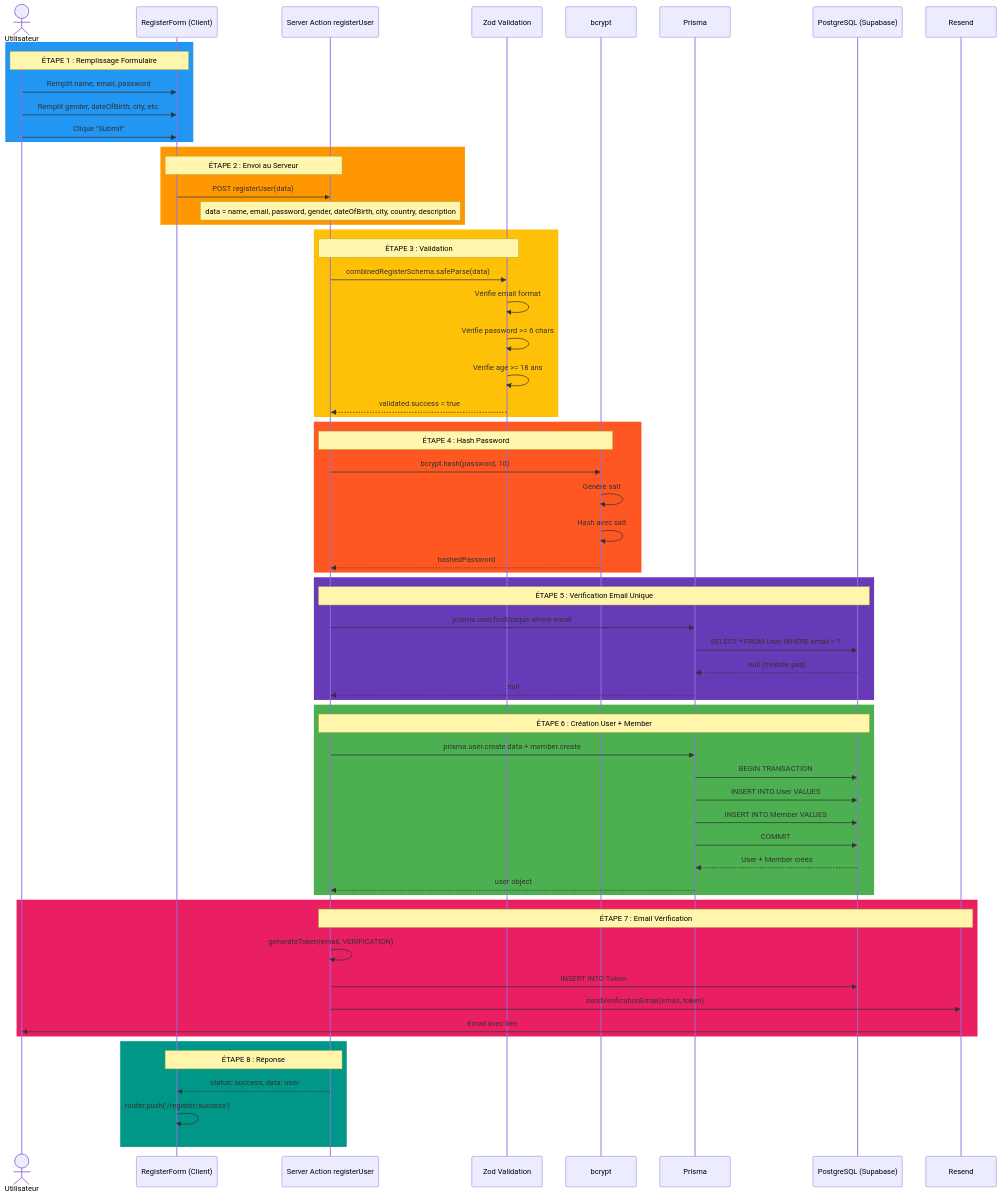
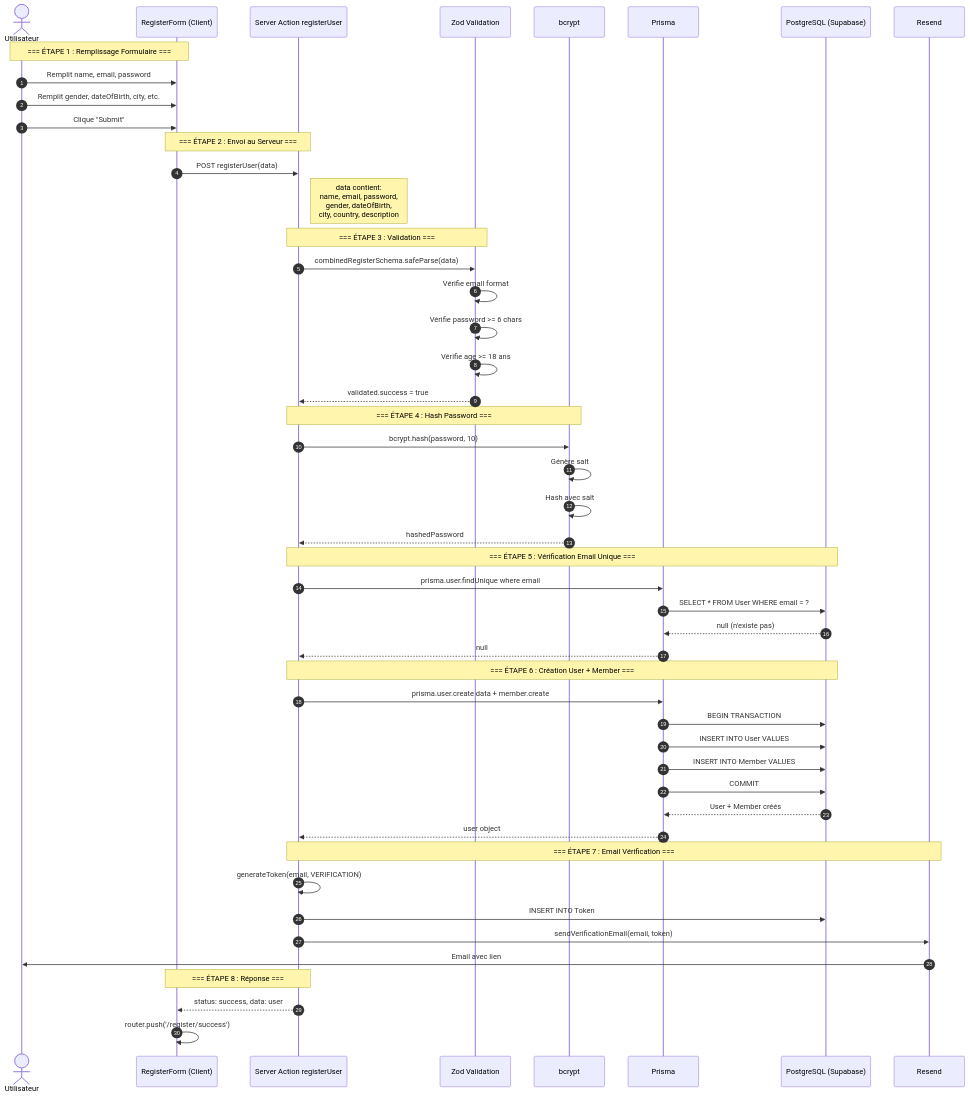
The second of 4 diagrams in documentation/21-flux-complet-authentification.md (inskillflow/next-auth-demo-2-match), drawn with Mermaid before and after one commit.

Commit message:
Authentification

````diff
--- a/documentation/21-flux-complet-authentification.md
+++ b/documentation/21-flux-complet-authentification.md
@@ -83,74 +83,59 @@
 ```mermaid
 sequenceDiagram
+    autonumber
     actor U as Utilisateur
     participant F as RegisterForm (Client)
     participant SA as Server Action registerUser
     participant Z as Zod Validation
     participant B as bcrypt
     participant P as Prisma
     participant DB as PostgreSQL (Supabase)
     participant R as Resend
     
-    rect rgb(33, 150, 243)
-        Note over U,F: ÉTAPE 1 : Remplissage Formulaire
-        U->>F: Remplit name, email, password
-        U->>F: Remplit gender, dateOfBirth, city, etc.
-        U->>F: Clique "Submit"
-    end
+    Note over U,F: === ÉTAPE 1 : Remplissage Formulaire ===
+    U->>F: Remplit name, email, password
+    U->>F: Remplit gender, dateOfBirth, city, etc.
+    U->>F: Clique "Submit"
     
-    rect rgb(255, 152, 0)
-        Note over F,SA: ÉTAPE 2 : Envoi au Serveur
-        F->>SA: POST registerUser(data)
-        Note over SA: data = name, email, password, gender, dateOfBirth, city, country, description
-    end
+    Note over F,SA: === ÉTAPE 2 : Envoi au Serveur ===
+    F->>SA: POST registerUser(data)
+    Note right of SA: data contient:<br/>name, email, password,<br/>gender, dateOfBirth,<br/>city, country, description
     
-    rect rgb(255, 193, 7)
-        Note over SA,Z: ÉTAPE 3 : Validation
-        SA->>Z: combinedRegisterSchema.safeParse(data)
-        Z->>Z: Vérifie email format
-        Z->>Z: Vérifie password >= 6 chars
-        Z->>Z: Vérifie age >= 18 ans
-        Z-->>SA: validated.success = true
-    end
+    Note over SA,Z: === ÉTAPE 3 : Validation ===
+    SA->>Z: combinedRegisterSchema.safeParse(data)
+    Z->>Z: Vérifie email format
+    Z->>Z: Vérifie password >= 6 chars
+    Z->>Z: Vérifie age >= 18 ans
+    Z-->>SA: validated.success = true
     
-    rect rgb(255, 87, 34)
-        Note over SA,B: ÉTAPE 4 : Hash Password
-        SA->>B: bcrypt.hash(password, 10)
-        B->>B: Génère salt
-        B->>B: Hash avec salt
-        B-->>SA: hashedPassword
-    end
+    Note over SA,B: === ÉTAPE 4 : Hash Password ===
+    SA->>B: bcrypt.hash(password, 10)
+    B->>B: Génère salt
+    B->>B: Hash avec salt
+    B-->>SA: hashedPassword
     
-    rect rgb(103, 58, 183)
-        Note over SA,DB: ÉTAPE 5 : Vérification Email Unique
-        SA->>P: prisma.user.findUnique where email
-        P->>DB: SELECT * FROM User WHERE email = ?
-        DB-->>P: null (n'existe pas)
-        P-->>SA: null
-    end
+    Note over SA,DB: === ÉTAPE 5 : Vérification Email Unique ===
+    SA->>P: prisma.user.findUnique where email
+    P->>DB: SELECT * FROM User WHERE email = ?
+    DB-->>P: null (n'existe pas)
+    P-->>SA: null
     
-    rect rgb(76, 175, 80)
-        Note over SA,DB: ÉTAPE 6 : Création User + Member
-        SA->>P: prisma.user.create data + member.create
-        P->>DB: BEGIN TRANSACTION
-        P->>DB: INSERT INTO User VALUES
-        P->>DB: INSERT INTO Member VALUES
-        P->>DB: COMMIT
-        DB-->>P: User + Member créés
-        P-->>SA: user object
-    end
+    Note over SA,DB: === ÉTAPE 6 : Création User + Member ===
+    SA->>P: prisma.user.create data + member.create
+    P->>DB: BEGIN TRANSACTION
+    P->>DB: INSERT INTO User VALUES
+    P->>DB: INSERT INTO Member VALUES
+    P->>DB: COMMIT
+    DB-->>P: User + Member créés
+    P-->>SA: user object
     
-    rect rgb(233, 30, 99)
-        Note over SA,R: ÉTAPE 7 : Email Vérification
-        SA->>SA: generateToken(email, VERIFICATION)
-        SA->>DB: INSERT INTO Token
-        SA->>R: sendVerificationEmail(email, token)
-        R->>U: Email avec lien
-    end
+    Note over SA,R: === ÉTAPE 7 : Email Vérification ===
+    SA->>SA: generateToken(email, VERIFICATION)
+    SA->>DB: INSERT INTO Token
+    SA->>R: sendVerificationEmail(email, token)
+    R->>U: Email avec lien
     
-    rect rgb(0, 150, 136)
-        Note over SA,F: ÉTAPE 8 : Réponse
-        SA-->>F: status: success, data: user
-        F->>F: router.push('/register/success')
-    end
+    Note over SA,F: === ÉTAPE 8 : Réponse ===
+    SA-->>F: status: success, data: user
+    F->>F: router.push('/register/success')
 ```
````
